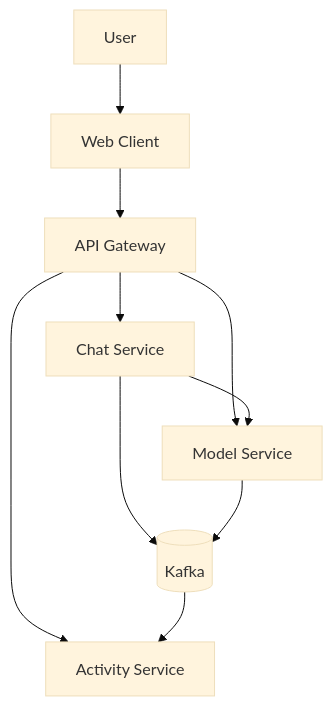
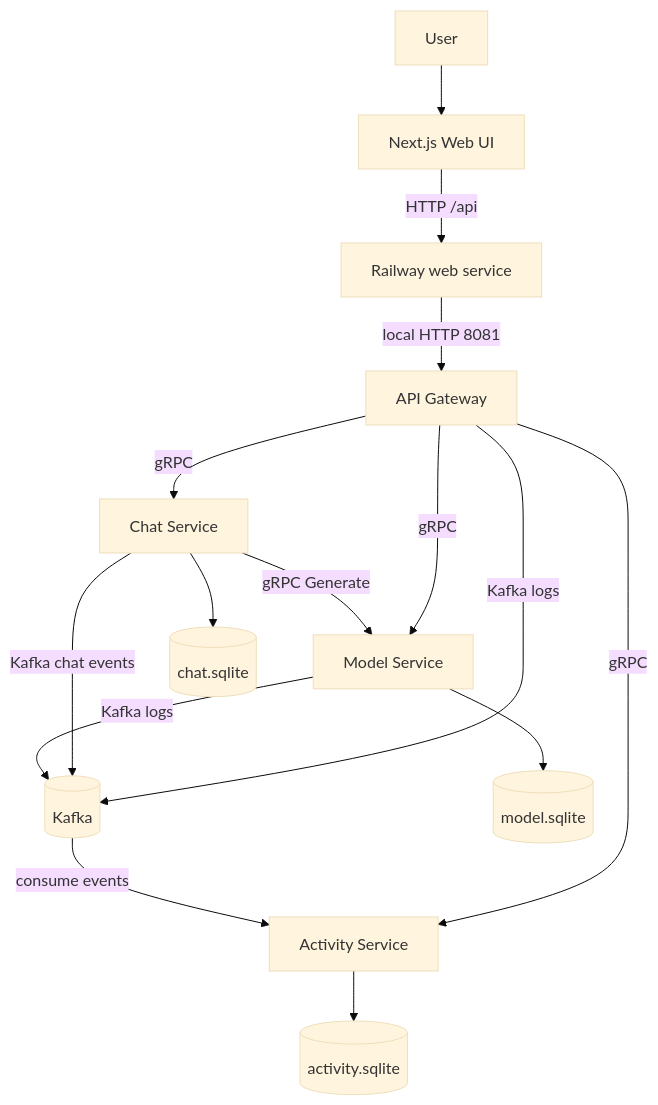
One commit to Luna-SOA/Luna changed the first of 3 diagrams in README.md. Above: the diagram before and after it, drawn with Mermaid (base theme). The commit also changed other lines of this file and 6 other files, not shown here.

Commit message:
Improve Railway demo operations and logs UI

````diff
--- a/README.md
+++ b/README.md
@@ -19,12 +33,17 @@
 ```mermaid
 flowchart TB
-  User[User] --> Web[Web Client]
-  Web --> Gateway[API Gateway]
-  Gateway --> Chat[Chat Service]
-  Gateway --> Model[Model Service]
-  Gateway --> Activity[Activity Service]
-  Chat --> Model
-  Chat --> Kafka[(Kafka)]
-  Model --> Kafka
-  Kafka --> Activity
+  User[User] --> Browser[Next.js Web UI]
+  Browser -->|HTTP /api| Web[Railway web service]
+  Web -->|local HTTP 8081| Gateway[API Gateway]
+  Gateway -->|gRPC| Chat[Chat Service]
+  Gateway -->|gRPC| Model[Model Service]
+  Gateway -->|gRPC| Activity[Activity Service]
+  Chat -->|gRPC Generate| Model
+  Gateway -->|Kafka logs| Kafka[(Kafka)]
+  Chat -->|Kafka chat events| Kafka
+  Model -->|Kafka logs| Kafka
+  Kafka -->|consume events| Activity
+  Activity --> ActivityDb[(activity.sqlite)]
+  Chat --> ChatDb[(chat.sqlite)]
+  Model --> ModelDb[(model.sqlite)]
 ```
````
